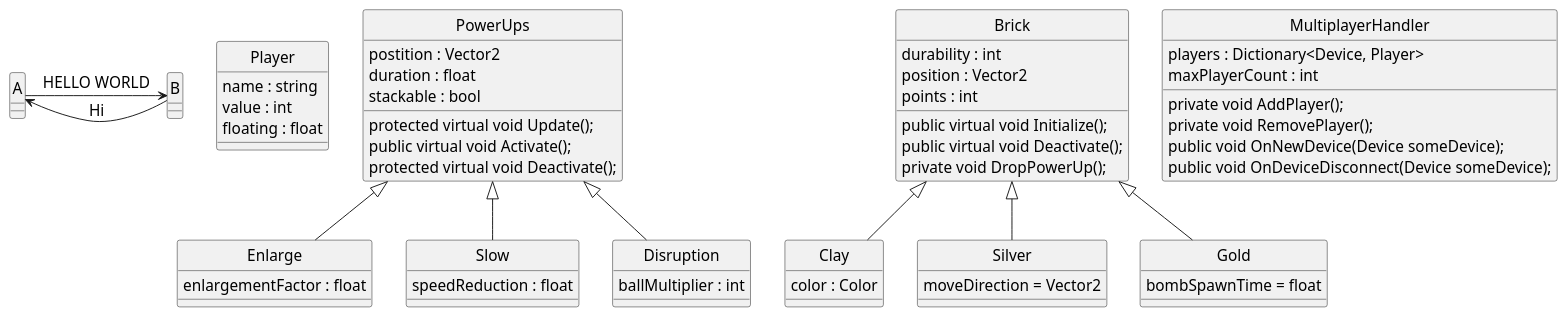
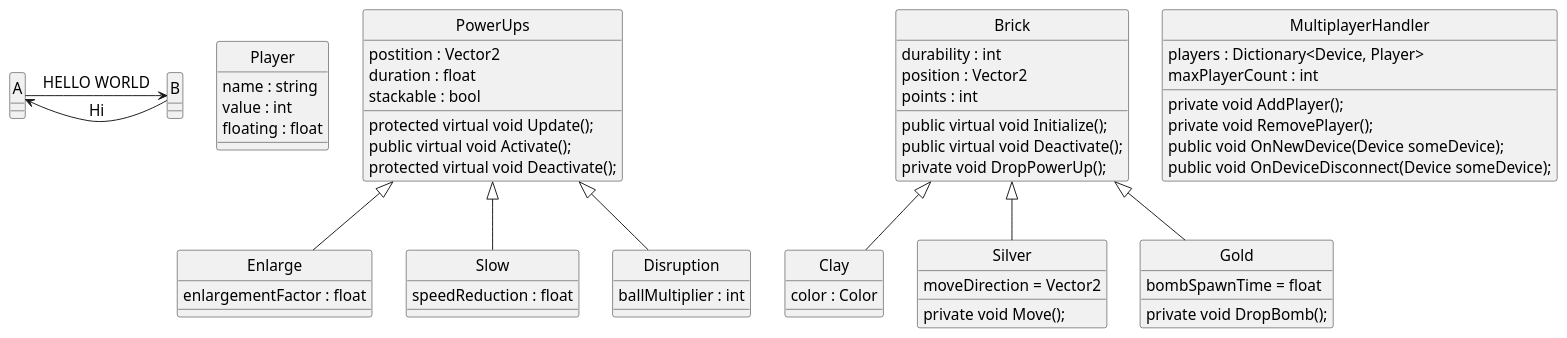
Before and after one commit to RitchiDev/GROUP-Domain-Decomposition-Git: the diagram in Breakout.plantuml, drawn with PlantUML.

Commit message:
Added functions to Silver and Gold

```diff
--- a/Breakout.plantuml
+++ b/Breakout.plantuml
@@ -1,86 +1,88 @@
 @startuml Breakout
 skinparam style strictuml
 skinparam SequenceMessageAlignment center
 skinparam DefaultFontName Arial
 skinparam DefaultFontSize 16
 skinparam DefaultFontStyle bold
 
 A -> B : HELLO WORLD
 A <- B : Hi
 
 class "Player" as Player
 {
     name : string
     value : int
     floating : float
 }
 
 Powerups <|-- Enlarge
 Powerups <|-- Slow
 Powerups <|-- Disruption
 class "PowerUps" as Powerups
 {
     postition : Vector2
     duration : float
     stackable : bool
     
     protected virtual void Update();
     public virtual void Activate();
     protected virtual void Deactivate();
 }
 
 class "Enlarge" as Enlarge
 {
     enlargementFactor : float
 }
 
 class "Slow" as Slow
 {
     speedReduction : float
 }
 
 class "Disruption" as Disruption
 {
     ballMultiplier : int
 }
 
 class "Brick" as Brick
 {
     durability : int
     position : Vector2
     points : int
 
     public virtual void Initialize();
     public virtual void Deactivate();
     private void DropPowerUp();
 }
 
 Brick <|-- Clay
 class "Clay" as Clay
 {
     color : Color
 }
 
 Brick <|-- Silver
 class "Silver" as Silver
 {
     moveDirection = Vector2
+    private void Move();
 }
 
 Brick <|-- Gold
 class "Gold" as Gold
 {
     bombSpawnTime = float
+    private void DropBomb();
 }
 
 class MultiplayerHandler
 {
     players : Dictionary<Device, Player> 
     maxPlayerCount : int
 
     private void AddPlayer();
     private void RemovePlayer();
     public void OnNewDevice(Device someDevice);
     public void OnDeviceDisconnect(Device someDevice);
 }
 @enduml
```
